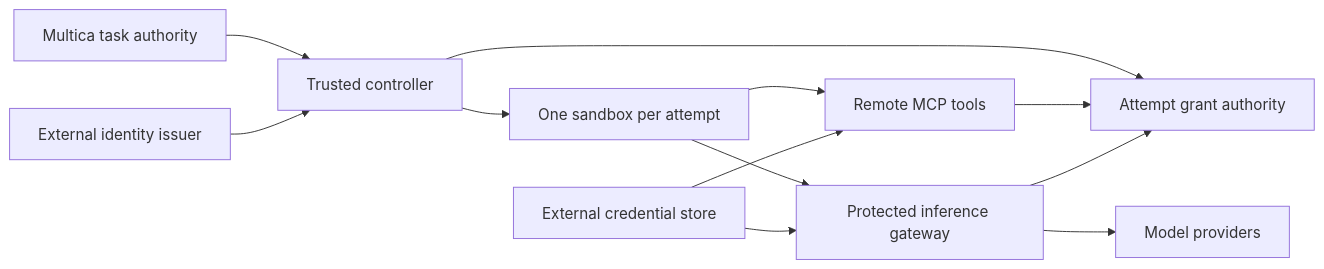
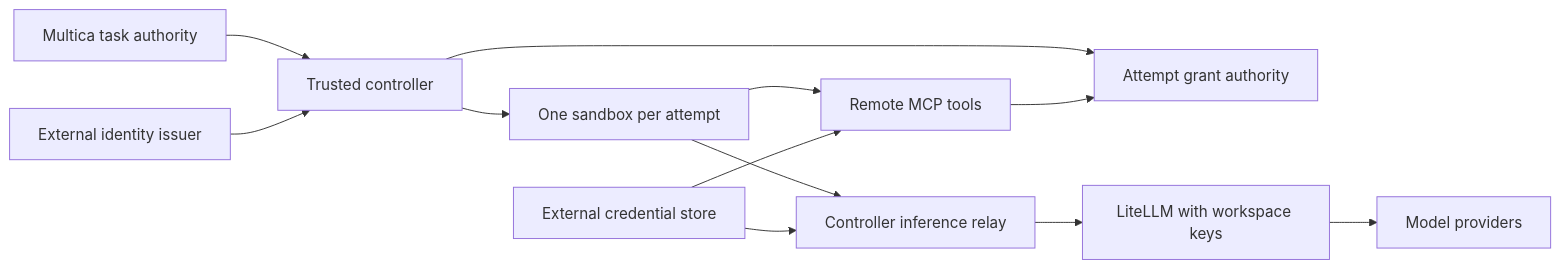
One commit to gently-whitesnow/multica-sandbox changed the diagram in examples/identity-mcp/README.md. Above: the diagram before and after it, drawn with Mermaid. The commit also changed other lines of this file and 76 other files, not shown here.

````diff
--- a/examples/identity-mcp/README.md
+++ b/examples/identity-mcp/README.md
@@ -13,14 +13,14 @@
 ```mermaid
 flowchart LR
     M[Multica task authority] --> C[Trusted controller]
     I[External identity issuer] --> C
     C --> G[Attempt grant authority]
     C --> A[One sandbox per attempt]
     A --> T[Remote MCP tools]
-    A --> F[Protected inference gateway]
+    A --> R[Controller inference relay]
+    R --> F[LiteLLM with workspace keys]
     T --> G
-    F --> G
     S[External credential store] --> T
-    S --> F
+    S --> R
     F --> P[Model providers]
 ```
````
